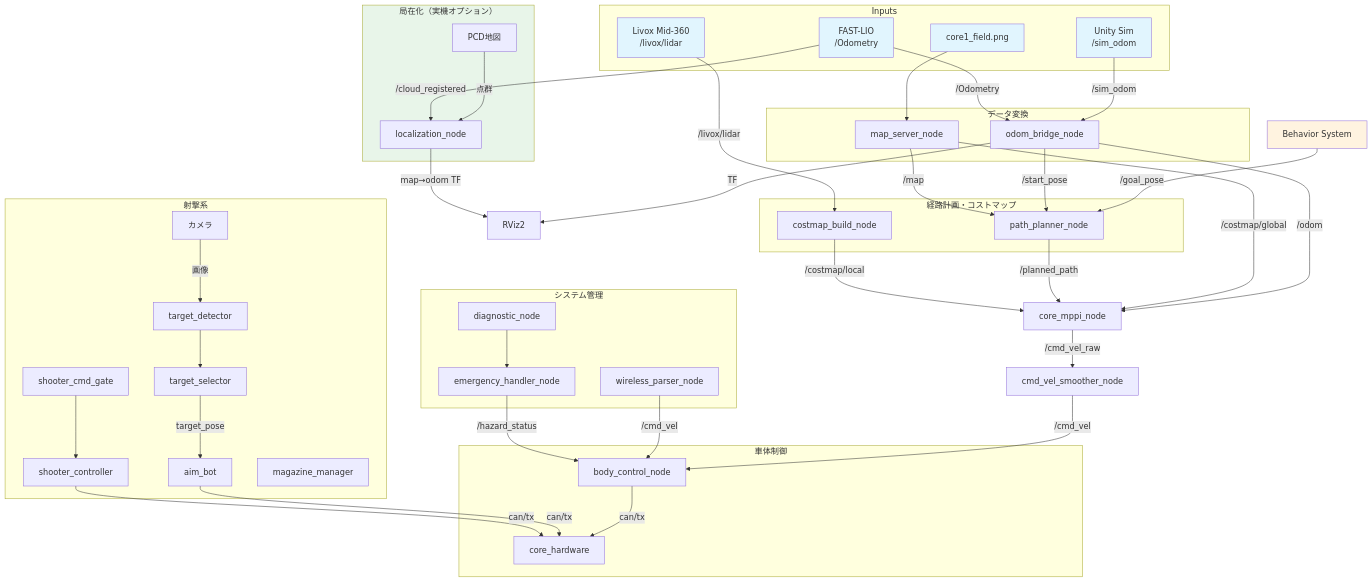
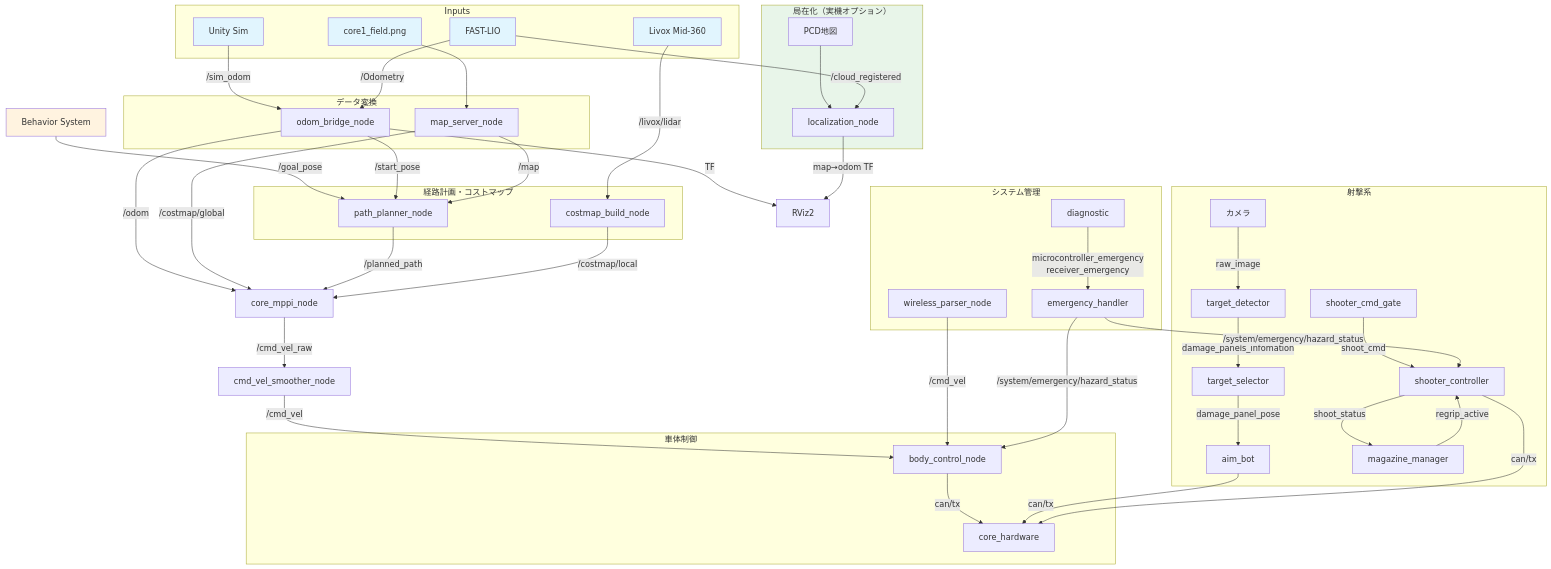
Before and after one commit to team-continue/core2026: the diagram in docs/architecture/overview.md, drawn with Mermaid. The commit also changed 75 other files, not shown here.

````diff
--- a/docs/architecture/overview.md
+++ b/docs/architecture/overview.md
@@ -5,10 +5,10 @@
 ```mermaid
 graph TB
     subgraph Inputs
-        Unity["Unity Sim\n/sim_odom"]
-        FASTLIO["FAST-LIO\n/Odometry"]
+        Unity["Unity Sim"]
+        FASTLIO["FAST-LIO"]
         MapPNG["core1_field.png"]
-        LiDAR["Livox Mid-360\n/livox/lidar"]
+        LiDAR["Livox Mid-360"]
     end
 
     BehaviorSystem["Behavior System"]
@@ -58,28 +58,30 @@
     style FASTLIO fill:#e1f5fe,color:#333
     style LiDAR fill:#e1f5fe,color:#333
     subgraph Shooter["射撃系"]
-        Camera["カメラ"] -->|画像| TargetDetector["target_detector"]
-        TargetDetector --> TargetSelector["target_selector"]
-        TargetSelector -->|target_pose| AimBot["aim_bot"]
-        ShooterGate["shooter_cmd_gate"] --> ShooterCtrl["shooter_controller"]
-        MagazineMgr["magazine_manager"]
+        Camera["カメラ"] -->|raw_image| TargetDetector["target_detector"]
+        TargetDetector -->|damage_panels_infomation| TargetSelector["target_selector"]
+        TargetSelector -->|damage_panel_pose| AimBot["aim_bot"]
+        ShooterGate["shooter_cmd_gate"] -->|shoot_cmd| ShooterCtrl["shooter_controller"]
+        MagazineMgr["magazine_manager"] -->|regrip_active| ShooterCtrl
+        ShooterCtrl -->|shoot_status| MagazineMgr
     end
 
     subgraph SystemMode["システム管理"]
         WirelessParser["wireless_parser_node"]
-        EmergencyHandler["emergency_handler_node"]
-        Diagnostic["diagnostic_node"]
-        Diagnostic --> EmergencyHandler
+        EmergencyHandler["emergency_handler"]
+        Diagnostic["diagnostic"]
+        Diagnostic -->|"microcontroller_emergency<br>receiver_emergency"| EmergencyHandler
     end
 
     WirelessParser -->|/cmd_vel| BodyController
-    EmergencyHandler -->|/hazard_status| BodyController
+    EmergencyHandler -->|"/system/emergency/hazard_status"| BodyController
+    EmergencyHandler -->|"/system/emergency/hazard_status"| ShooterCtrl
 
     AimBot -->|can/tx| Hardware
     ShooterCtrl -->|can/tx| Hardware
 
     subgraph Localization["局在化（実機オプション）"]
-        PCDMap["PCD地図"] -->|点群| LocalizationNode["localization_node"]
+        PCDMap["PCD地図"] --> LocalizationNode["localization_node"]
     end
 
     FASTLIO -->|/cloud_registered| LocalizationNode
````
